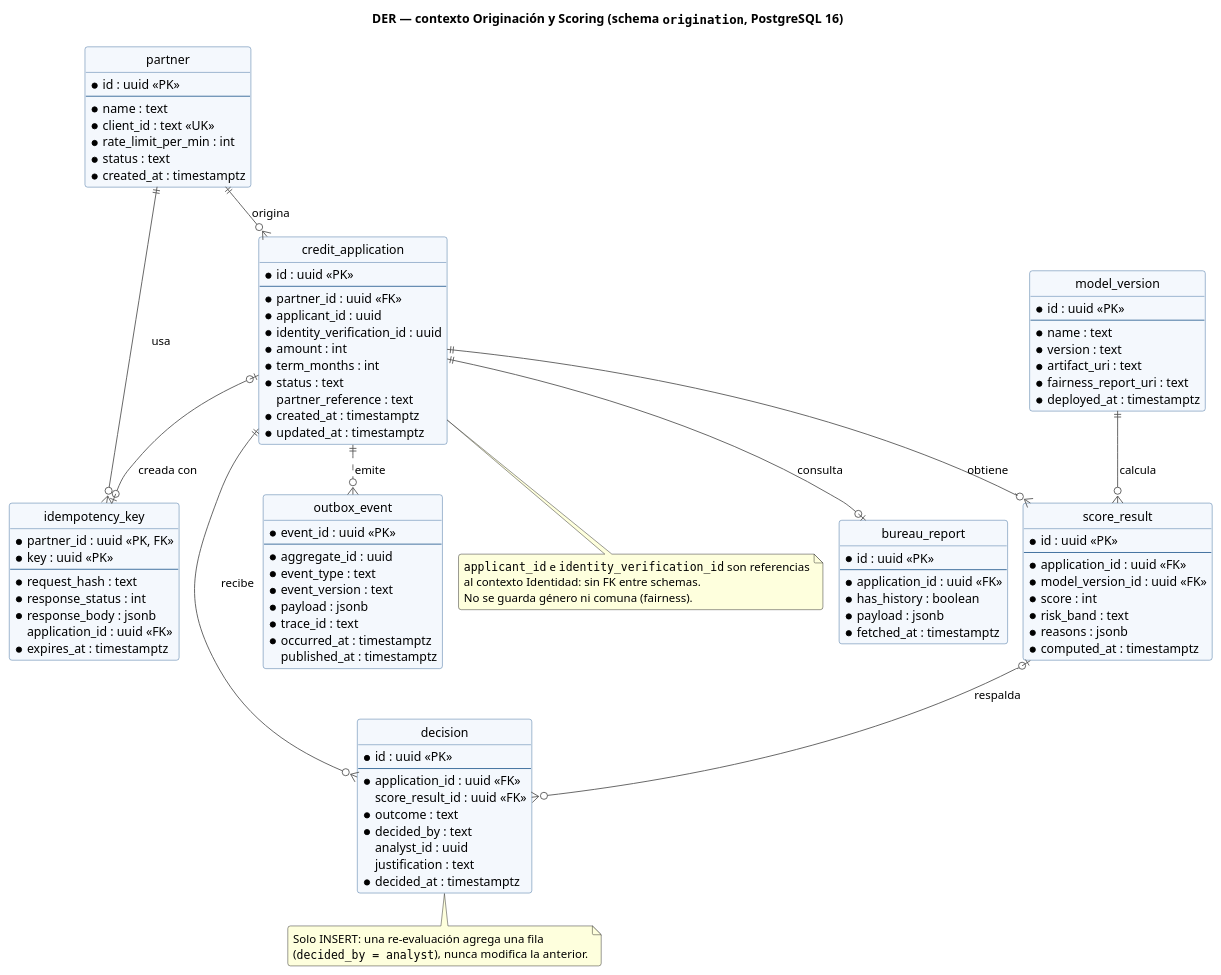
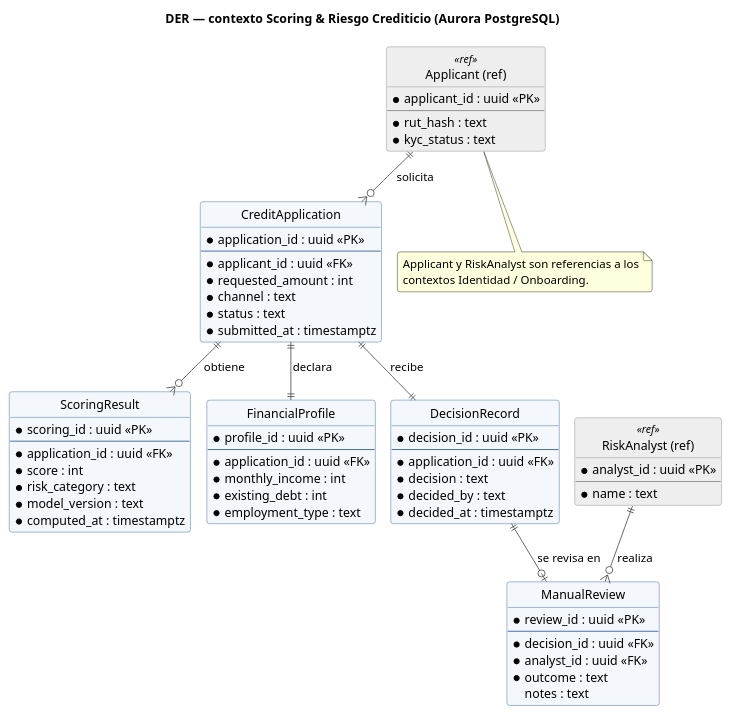
One commit to 4Noisy/-equipo-lospapus--crediscore- changed the diagram in docs/data/der.puml. Above: the diagram before and after it, drawn with PlantUML. The commit also changed 6 other files, not shown here.

```diff
--- a/docs/data/der.puml
+++ b/docs/data/der.puml
@@ -1,125 +1,90 @@
 @startuml der
 ' Render: java -jar plantuml.jar -tpng docs/data/der.puml
 !pragma layout smetana
 hide circle
 hide methods
 skinparam shadowing false
 skinparam roundCorner 6
 skinparam class {
   BackgroundColor #F4F8FD
   BorderColor #2E6295
   ArrowColor #555555
+  BackgroundColor<<ref>> #EEEEEE
+  BorderColor<<ref>> #888888
+  BorderStyle<<ref>> dashed
 }
 
-title DER — contexto Originación y Scoring (schema ""origination"", PostgreSQL 16)
+title DER — contexto Scoring & Riesgo Crediticio (Aurora PostgreSQL)
 
-entity partner {
-  * id : uuid <<PK>>
+entity "Applicant (ref)" as Applicant <<ref>> {
+  * applicant_id : uuid <<PK>>
   --
-  * name : text
-  * client_id : text <<UK>>
-  * rate_limit_per_min : int
-  * status : text
-  * created_at : timestamptz
+  * rut_hash : text
+  * kyc_status : text
 }
 
-entity credit_application {
-  * id : uuid <<PK>>
+entity CreditApplication {
+  * application_id : uuid <<PK>>
   --
-  * partner_id : uuid <<FK>>
-  * applicant_id : uuid
-  * identity_verification_id : uuid
-  * amount : int
-  * term_months : int
+  * applicant_id : uuid <<FK>>
+  * requested_amount : int
+  * channel : text
   * status : text
-  partner_reference : text
-  * created_at : timestamptz
-  * updated_at : timestamptz
+  * submitted_at : timestamptz
 }
 
-entity idempotency_key {
-  * partner_id : uuid <<PK, FK>>
-  * key : uuid <<PK>>
-  --
-  * request_hash : text
-  * response_status : int
-  * response_body : jsonb
-  application_id : uuid <<FK>>
-  * expires_at : timestamptz
-}
-
-entity bureau_report {
-  * id : uuid <<PK>>
+entity ScoringResult {
+  * scoring_id : uuid <<PK>>
   --
   * application_id : uuid <<FK>>
-  * has_history : boolean
-  * payload : jsonb
-  * fetched_at : timestamptz
-}
-
-entity model_version {
-  * id : uuid <<PK>>
-  --
-  * name : text
-  * version : text
-  * artifact_uri : text
-  * fairness_report_uri : text
-  * deployed_at : timestamptz
-}
-
-entity score_result {
-  * id : uuid <<PK>>
-  --
-  * application_id : uuid <<FK>>
-  * model_version_id : uuid <<FK>>
   * score : int
-  * risk_band : text
-  * reasons : jsonb
+  * risk_category : text
+  * model_version : text
   * computed_at : timestamptz
 }
 
-entity decision {
-  * id : uuid <<PK>>
+entity FinancialProfile {
+  * profile_id : uuid <<PK>>
   --
   * application_id : uuid <<FK>>
-  score_result_id : uuid <<FK>>
-  * outcome : text
+  * monthly_income : int
+  * existing_debt : int
+  * employment_type : text
+}
+
+entity DecisionRecord {
+  * decision_id : uuid <<PK>>
+  --
+  * application_id : uuid <<FK>>
+  * decision : text
   * decided_by : text
-  analyst_id : uuid
-  justification : text
   * decided_at : timestamptz
 }
 
-entity outbox_event {
-  * event_id : uuid <<PK>>
+entity ManualReview {
+  * review_id : uuid <<PK>>
   --
-  * aggregate_id : uuid
-  * event_type : text
-  * event_version : text
-  * payload : jsonb
-  * trace_id : text
-  * occurred_at : timestamptz
-  published_at : timestamptz
+  * decision_id : uuid <<FK>>
+  * analyst_id : uuid <<FK>>
+  * outcome : text
+  notes : text
 }
 
-partner ||--o{ credit_application : origina
-partner ||--o{ idempotency_key : usa
-credit_application |o--o| idempotency_key : creada con
-credit_application ||--o| bureau_report : consulta
-credit_application ||--o{ score_result : obtiene
-model_version ||--o{ score_result : calcula
-credit_application ||--o{ decision : recibe
-score_result |o--o{ decision : respalda
-credit_application ||..o{ outbox_event : emite
+entity "RiskAnalyst (ref)" as RiskAnalyst <<ref>> {
+  * analyst_id : uuid <<PK>>
+  --
+  * name : text
+}
 
-note bottom of credit_application
-  ""applicant_id"" e ""identity_verification_id"" son referencias
-  al contexto Identidad: sin FK entre schemas.
-  No se guarda género ni comuna (fairness).
-end note
+Applicant ||--o{ CreditApplication : solicita
+CreditApplication ||--o{ ScoringResult : obtiene
+CreditApplication ||--|| FinancialProfile : declara
+CreditApplication ||--|| DecisionRecord : recibe
+DecisionRecord ||--o| ManualReview : se revisa en
+RiskAnalyst ||--o{ ManualReview : realiza
 
-note bottom of decision
-  Solo INSERT: una re-evaluación agrega una fila
-  (""decided_by = analyst""), nunca modifica la anterior.
+note bottom of Applicant
+  Applicant y RiskAnalyst son referencias a los
+  contextos Identidad / Onboarding.
 end note
 @enduml
```
